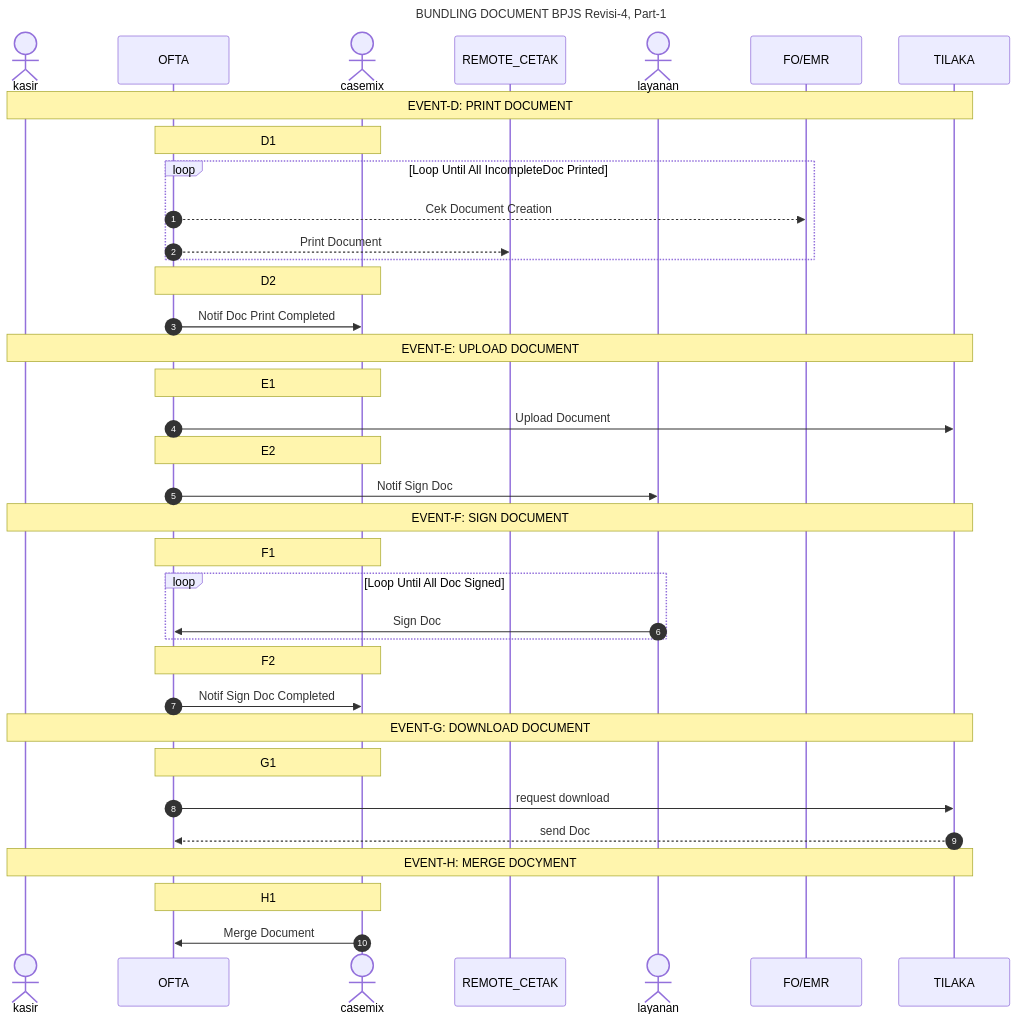
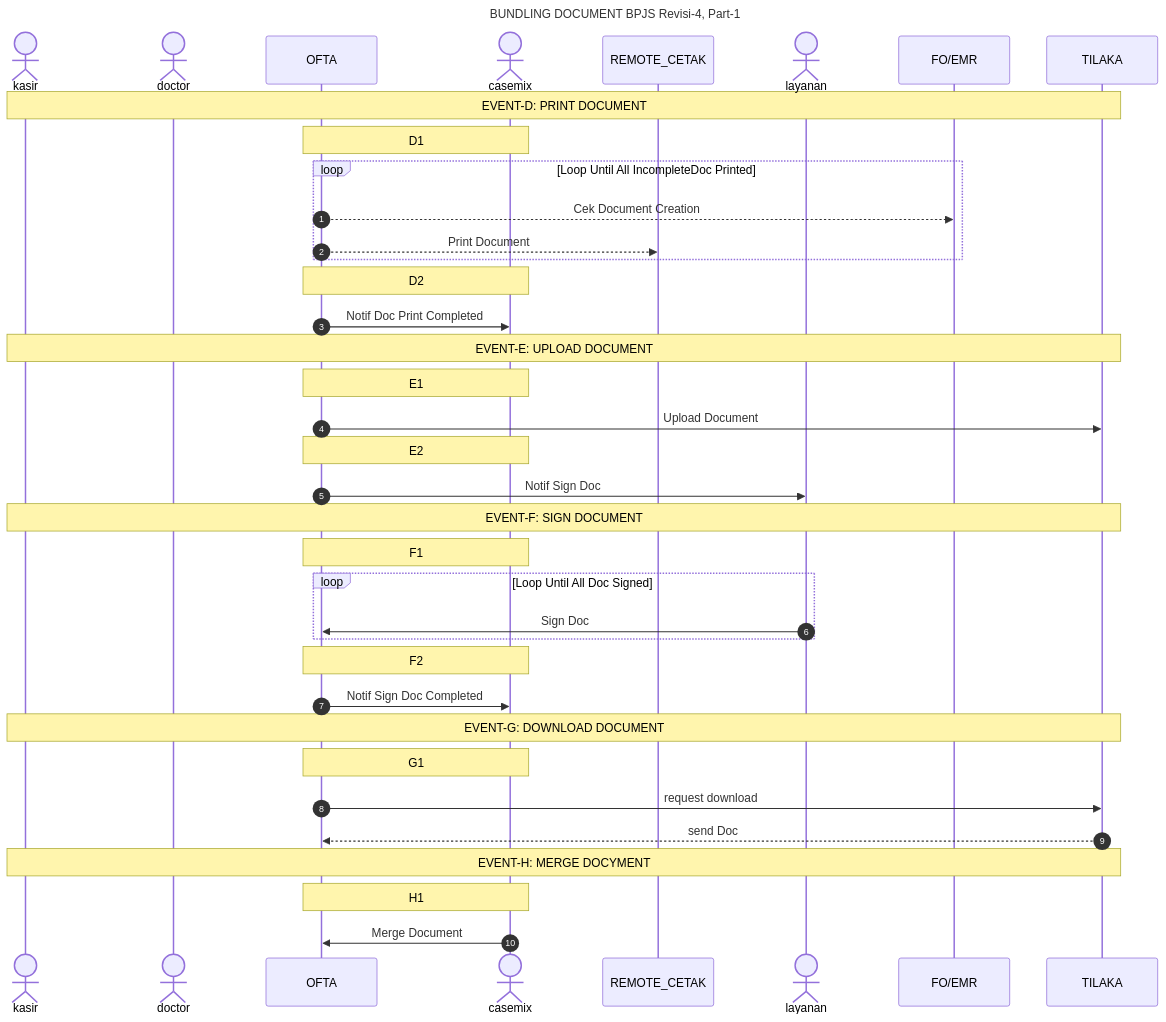
Before and after one commit to smart-ics/b005-ofta-api: the second of 2 diagrams in readme-bpjs-flow.md, drawn with Mermaid. The commit also changed other lines of this file, not shown here.

First line of the commit message:
Update readme-bpjs-flow.md

````diff
--- a/readme-bpjs-flow.md
+++ b/readme-bpjs-flow.md
@@ -51,44 +52,45 @@
 ```mermaid
 sequenceDiagram
     title BUNDLING DOCUMENT BPJS Revisi-4, Part-1
     actor kasir
+    actor doctor
     participant OFTA
     actor casemix
     participant REMOTE_CETAK
     actor layanan
     participant FO/EMR
     participant TILAKA
     autonumber 1
 
     note over kasir, TILAKA: EVENT-D: PRINT DOCUMENT
     note over OFTA, casemix: D1
     loop Loop Until All IncompleteDoc Printed
         OFTA -->> FO/EMR: Cek Document Creation
         OFTA -->> REMOTE_CETAK: Print Document
     end
     note over OFTA, casemix: D2
     OFTA ->> casemix : Notif Doc Print Completed
     
     note over kasir, TILAKA: EVENT-E: UPLOAD DOCUMENT
     note over OFTA, casemix: E1
     OFTA ->> TILAKA : Upload Document
     note over OFTA, casemix: E2
     OFTA ->> layanan: Notif Sign Doc
 
     note over kasir, TILAKA: EVENT-F: SIGN DOCUMENT
     note over OFTA, casemix: F1
     loop Loop Until All Doc Signed
         layanan ->> OFTA: Sign Doc
     end
     note over OFTA, casemix: F2
     OFTA ->> casemix: Notif Sign Doc Completed
 
     note over kasir, TILAKA: EVENT-G: DOWNLOAD DOCUMENT
     note over OFTA, casemix: G1
     OFTA ->> TILAKA: request download
     TILAKA -->> OFTA : send Doc
 
     note over kasir, TILAKA: EVENT-H: MERGE DOCYMENT
     note over OFTA, casemix: H1
     casemix ->> OFTA: Merge Document
 ```
````
